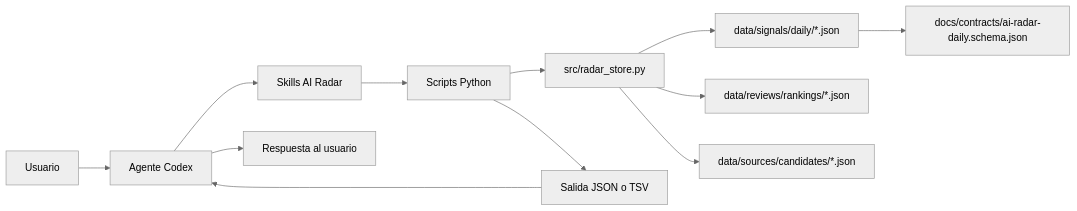
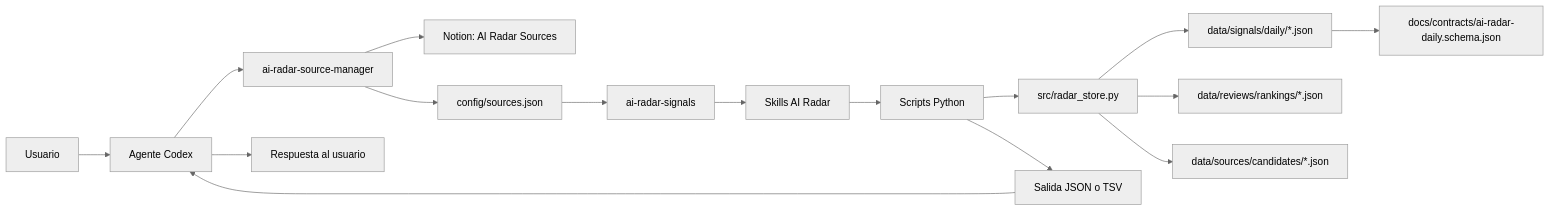
The first of 8 diagrams in docs/ai-radar-operating-model.md (PedroHincapie/codex-), drawn with Mermaid (neutral theme) before and after one commit. The commit also changed other lines of this file and 13 other files, not shown here.

Commit message:
feat: incorporar ai-radar-source-manager, snapshots diarios y actualizar documentacion

````diff
--- a/docs/ai-radar-operating-model.md
+++ b/docs/ai-radar-operating-model.md
@@ -22,14 +22,18 @@
 ```mermaid
 flowchart LR
   User[Usuario] --> Agent[Agente Codex]
-  Agent --> Skills[Skills AI Radar]
+  Agent --> Manager[ai-radar-source-manager]
+  Manager --> Notion[Notion: AI Radar Sources]
+  Manager --> Cache[config/sources.json]
+  Cache --> Signals[ai-radar-signals]
+  Signals --> Skills[Skills AI Radar]
   Skills --> Tools[Scripts Python]
   Tools --> Store[src/radar_store.py]
   Store --> Daily[data/signals/daily/*.json]
   Store --> Reviews[data/reviews/rankings/*.json]
   Store --> Sources[data/sources/candidates/*.json]
   Daily --> Contract[docs/contracts/ai-radar-daily.schema.json]
   Tools --> Report[Salida JSON o TSV]
   Agent --> Response[Respuesta al usuario]
   Report --> Agent
 ```
````
